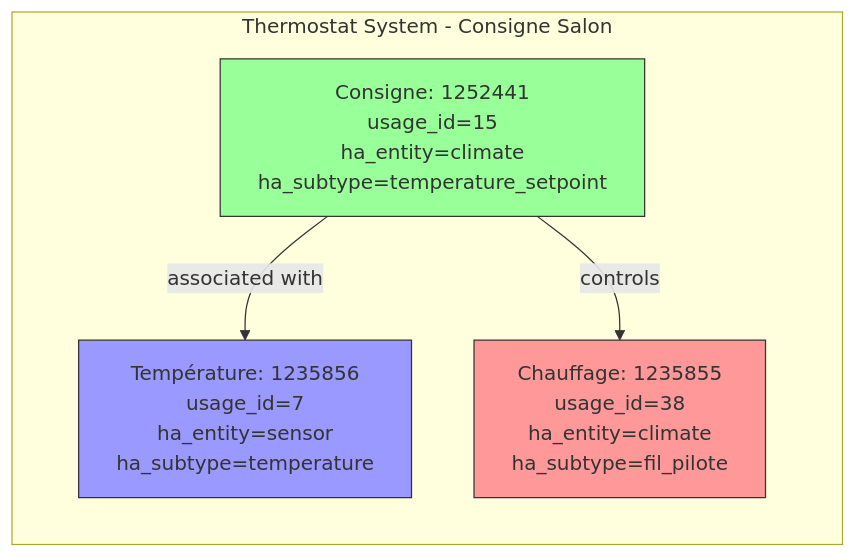
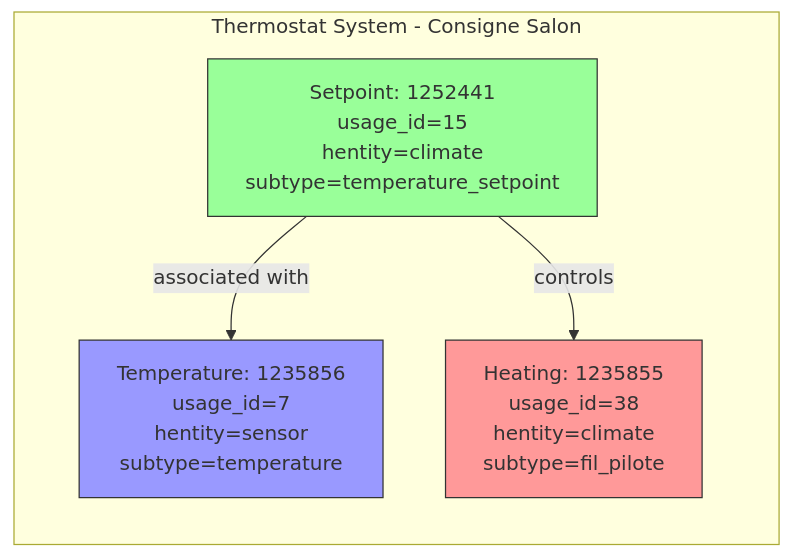
The seventh of 13 diagrams in README.md (Dan4Jer/hass-eedomus), drawn with Mermaid before and after one commit. The commit also changed other lines of this file, not shown here.

First line of the commit message:
🐛 Fix all Mermaid diagrams for GitHub compatibility

````diff
--- a/README.md
+++ b/README.md
@@ -625,22 +508,22 @@
 ```mermaid
 flowchart TD
     subgraph ThermostatSystem[Thermostat System - Consigne Salon]
         direction TB
-        Setpoint[Consigne: 1252441
+        Setpoint[Setpoint: 1252441
 usage_id=15
-ha_entity=climate
-ha_subtype=temperature_setpoint] 
-        Setpoint -->|associated with| Sensor[Température: 1235856
+hentity=climate
+subtype=temperature_setpoint] 
+        Setpoint -->|associated with| Sensor[Temperature: 1235856
 usage_id=7
-ha_entity=sensor
-ha_subtype=temperature] 
-        Setpoint -->|controls| Heating[Chauffage: 1235855
+hentity=sensor
+subtype=temperature] 
+        Setpoint -->|controls| Heating[Heating: 1235855
 usage_id=38
-ha_entity=climate
-ha_subtype=fil_pilote] 
+hentity=climate
+subtype=fil_pilote] 
     end
     
     style Setpoint fill:#9f9,stroke:#333
     style Sensor fill:#99f,stroke:#333
     style Heating fill:#f99,stroke:#333
 ```
````
